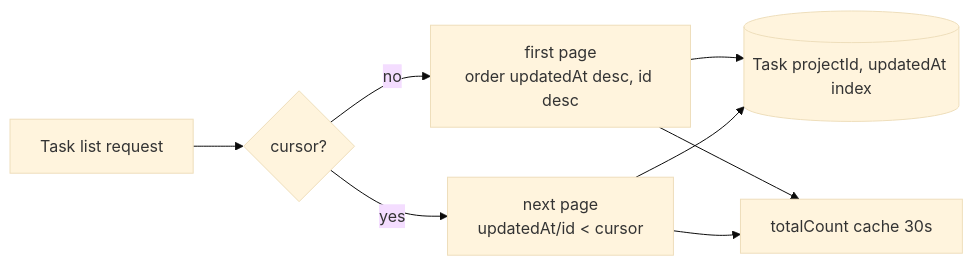
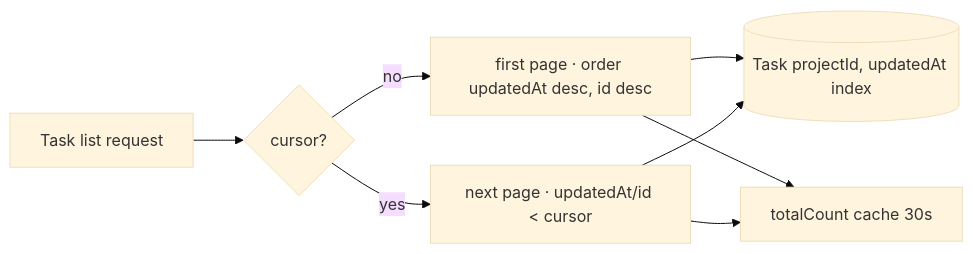
One commit to Vogric/vogric-challenge changed the fifth of 5 diagrams in docs/architecture.md. Above: the diagram before and after it, drawn with Mermaid (base theme). The commit also changed other lines of this file and 37 other files, not shown here.

````diff
--- a/docs/architecture.md
+++ b/docs/architecture.md
@@ -93,10 +93,10 @@
 ```mermaid
 flowchart LR
   L[Task list request] --> C{cursor?}
-  C -->|no| F[first page<br/>order updatedAt desc, id desc]
-  C -->|yes| N[next page<br/>updatedAt/id < cursor]
+  C -->|no| F["first page · order updatedAt desc, id desc"]
+  C -->|yes| N["next page · updatedAt/id < cursor"]
   F --> I[(Task projectId, updatedAt index)]
   N --> I
   F --> K[totalCount cache 30s]
   N --> K
 ```
````
